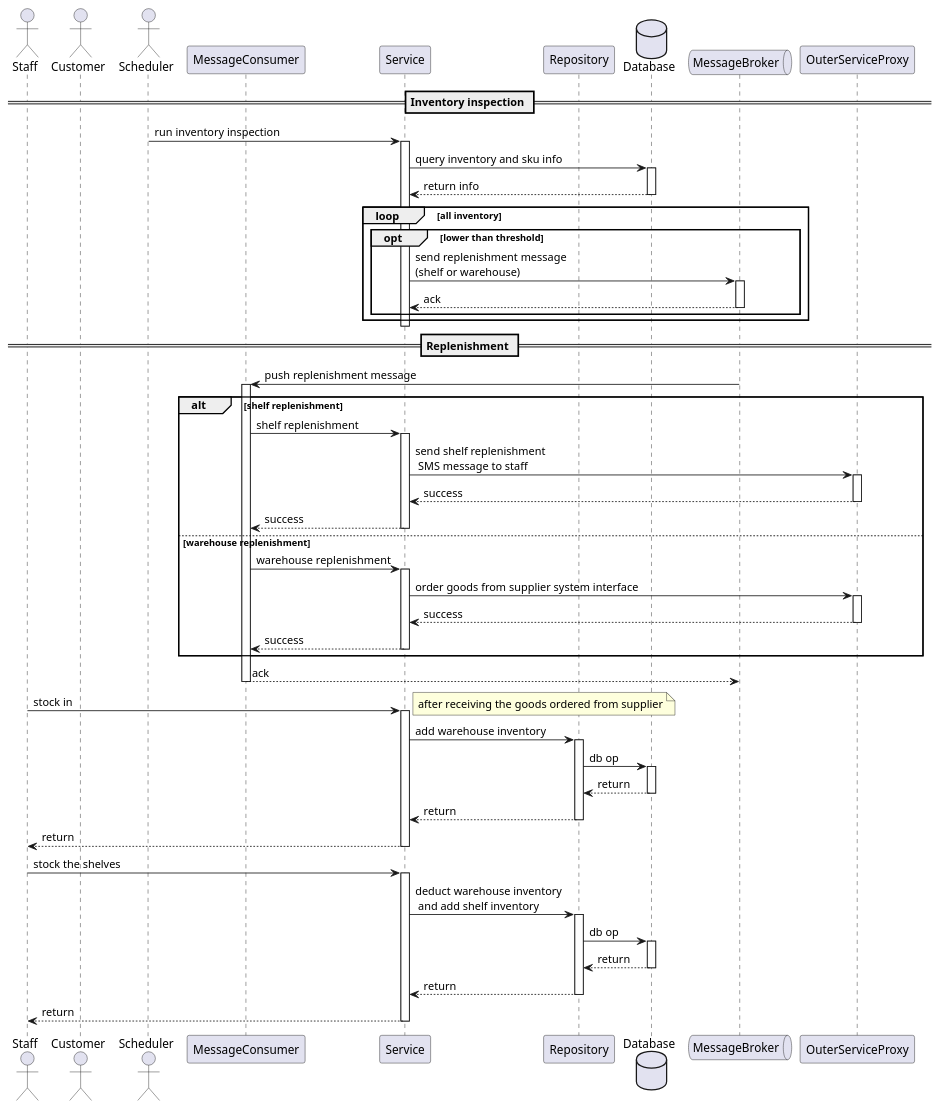
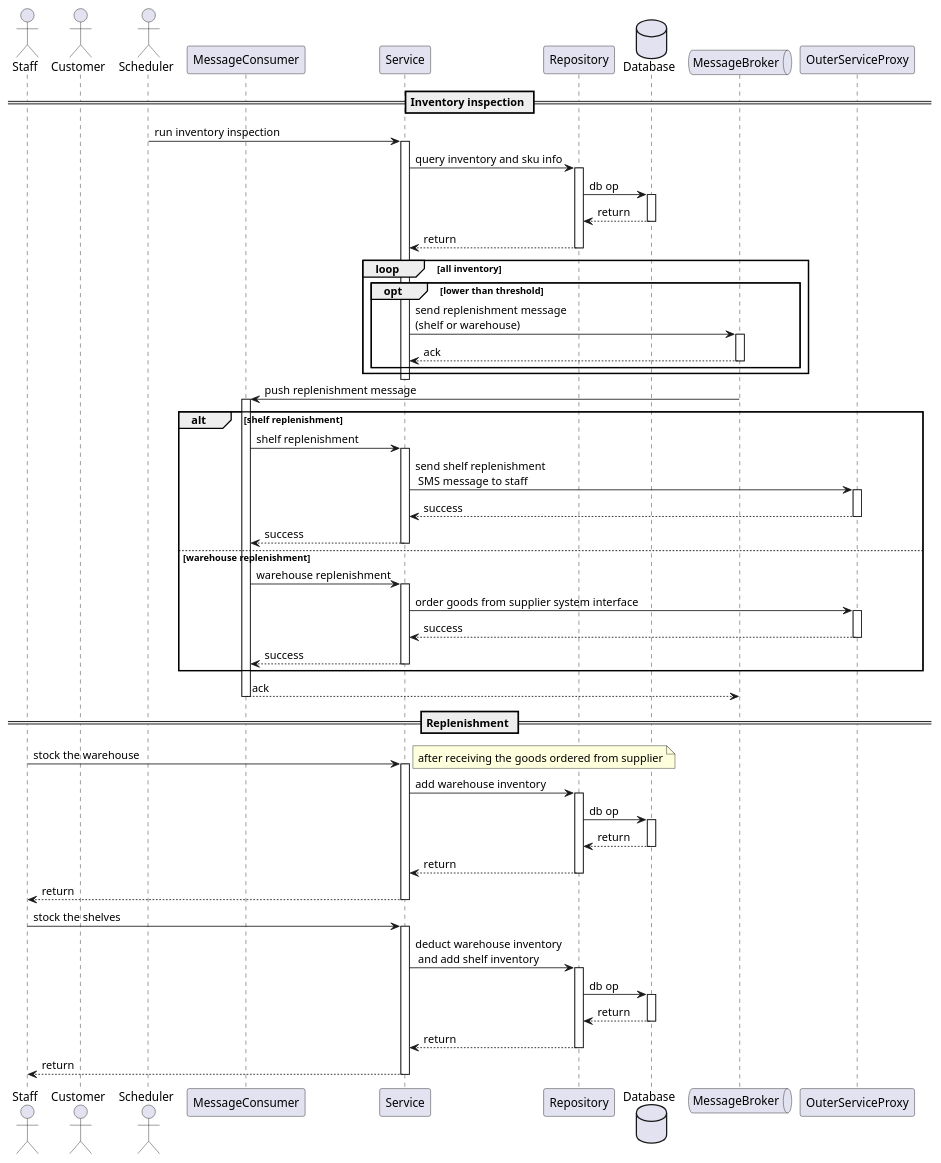
Before and after one commit to Jeromefromcn/JavaFinalProject8020: the second of 2 diagrams in uml/3. sequence.puml, drawn with PlantUML. The commit also changed 16 other files, not shown here.

```diff
--- a/uml/3. sequence.puml
+++ b/uml/3. sequence.puml
@@ -97,85 +97,89 @@
 @startuml
 
 actor "Staff" as staff
 actor "Customer" as cus
 actor "Scheduler" as sch
 participant "MessageConsumer" as mc
 participant Service as ser
 participant Repository as rep
 database Database as db
 queue MessageBroker as mb
 participant OuterServiceProxy as proxy
 
 == Inventory inspection ==
 
 sch -> ser: run inventory inspection
 activate ser
-    ser -> db: query inventory and sku info
-    activate db
-    db --> ser: return info
-    deactivate db
+    ser -> rep: query inventory and sku info
+    activate rep
+        rep -> db: db op
+        activate db
+        db --> rep: return
+        deactivate db
+    rep --> ser: return
+    deactivate rep
     loop all inventory
         opt lower than threshold
             ser -> mb: send replenishment message\n(shelf or warehouse)
             activate mb
             mb --> ser: ack
             deactivate mb
         end
     end
     deactivate ser
-
-== Replenishment ==
 
 mb -> mc: push replenishment message
 activate mc
     alt shelf replenishment
         mc -> ser: shelf replenishment
         activate ser
             ser -> proxy: send shelf replenishment \n SMS message to staff
             activate proxy
             proxy --> ser: success
             deactivate proxy
         ser --> mc: success
         deactivate ser
     else warehouse replenishment
         mc -> ser: warehouse replenishment
         activate ser
             ser -> proxy: order goods from supplier system interface
             activate proxy
             proxy --> ser: success
             deactivate proxy
         ser --> mc: success
         deactivate ser
     end
 mc --> mb: ack
 deactivate mc
 
-staff -> ser: stock in
+== Replenishment ==
+
+staff -> ser: stock the warehouse
 note right
 after receiving the goods ordered from supplier
 end note
 activate ser
     ser -> rep: add warehouse inventory
     activate rep
         rep -> db: db op
         activate db
         db --> rep: return
         deactivate db
     rep --> ser: return
     deactivate rep
 ser --> staff: return
 deactivate ser
 
 staff -> ser: stock the shelves
 activate ser
     ser -> rep: deduct warehouse inventory \n and add shelf inventory
     activate rep
         rep -> db: db op
         activate db
         db --> rep: return
         deactivate db
     rep --> ser: return
     deactivate rep
 ser --> staff: return
 deactivate ser
 @enduml
```
